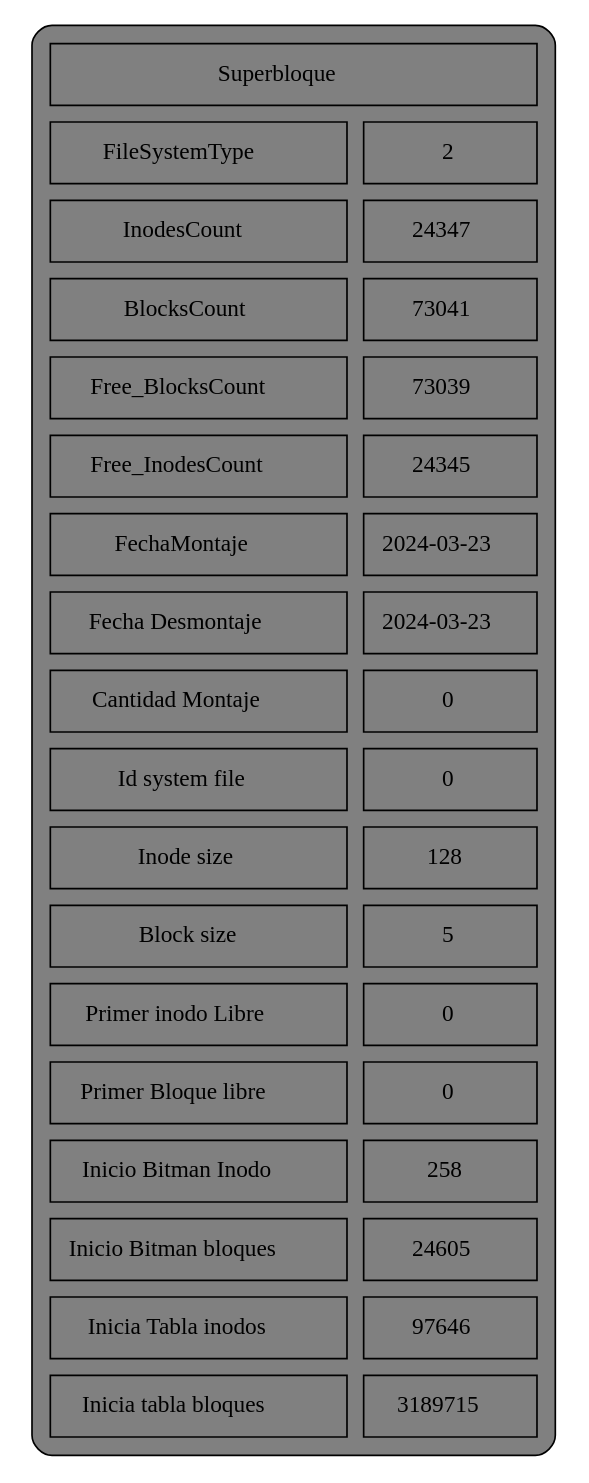
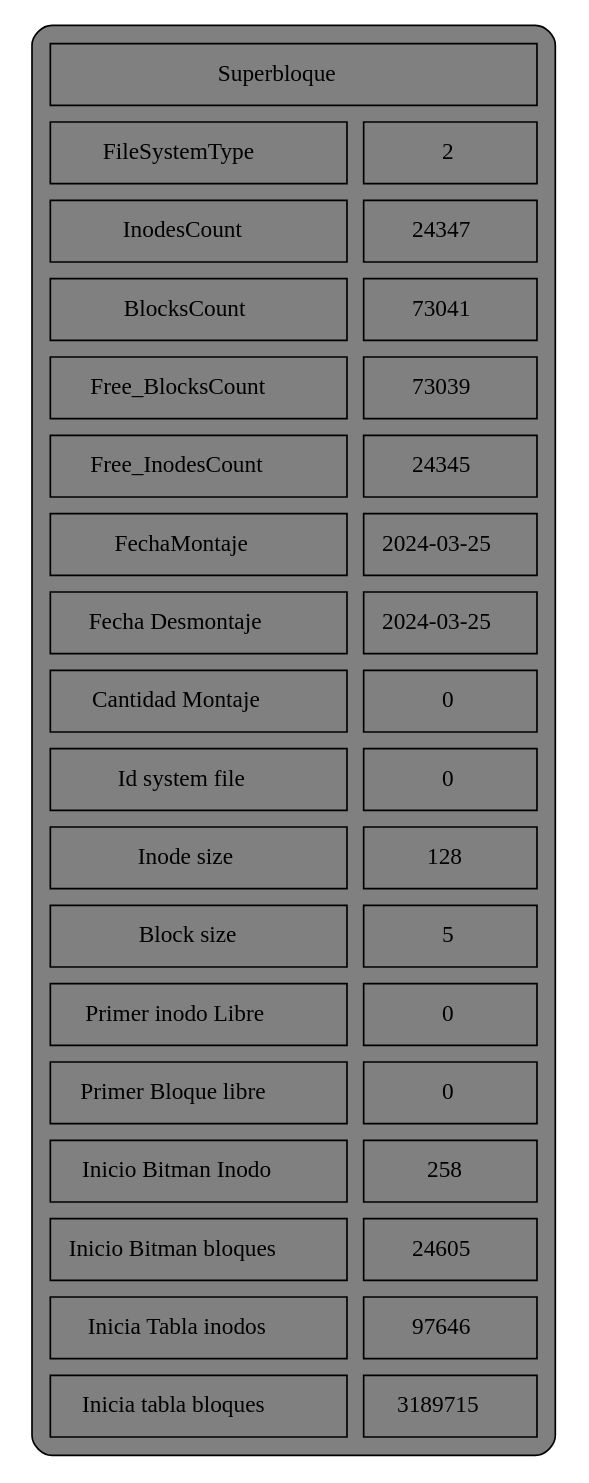
One commit to Jhonsagui81/MIA_P2_20210603 changed the diagram in reports/reporte1_sb.dot. Above: the diagram before and after it, drawn with Graphviz. The commit also changed 5 other files, not shown here.

```diff
--- a/reports/reporte1_sb.dot
+++ b/reports/reporte1_sb.dot
@@ -1,76 +1,76 @@
 digraph G {
 	a0 [shape=none label=<
 	<TABLE cellspacing="10" cellpadding="10" style="rounded" bgcolor="gray">
 		<tr>
 			<td colspan="2">Superbloque</td>
 		</tr>
 		<tr>
 			<td>FileSystemType</td>
 			<td>2</td>
 		</tr>
 		<tr>
 			<td>InodesCount</td>
 			<td>24347</td>
 		</tr>
 		<tr>
 			<td>BlocksCount</td>
 			<td>73041</td>
 		</tr>
 		<tr>
 			<td>Free_BlocksCount</td>
 			<td>73039</td>
 		</tr>
 		<tr>
 			<td>Free_InodesCount</td>
 			<td>24345</td>
 		</tr>
 		<tr>
 			<td>FechaMontaje</td>
-			<td>2024-03-23</td>
+			<td>2024-03-25</td>
 		</tr>
 		<tr>
 			<td>Fecha Desmontaje</td>
-			<td>2024-03-23</td>
+			<td>2024-03-25</td>
 		</tr>
 		<tr>
 			<td>Cantidad Montaje</td>
 			<td>0</td>
 		</tr>
 		<tr>
 			<td>Id system file</td>
 			<td>0</td>
 		</tr>
 		<tr>
 			<td>Inode size</td>
 			<td>128</td>
 		</tr>
 		<tr>
 			<td>Block size</td>
 			<td>5</td>
 		</tr>
 		<tr>
 			<td>Primer inodo Libre</td>
 			<td>0</td>
 		</tr>
 		<tr>
 			<td>Primer Bloque libre</td>
 			<td>0</td>
 		</tr>
 		<tr>
 			<td>Inicio Bitman Inodo</td>
 			<td>258</td>
 		</tr>
 		<tr>
 			<td>Inicio Bitman bloques</td>
 			<td>24605</td>
 		</tr>
 		<tr>
 			<td>Inicia Tabla inodos</td>
 			<td>97646</td>
 		</tr>
 		<tr>
 			<td>Inicia tabla bloques</td>
 			<td>3189715</td>
 		</tr>
 </TABLE>>];
 }
```
